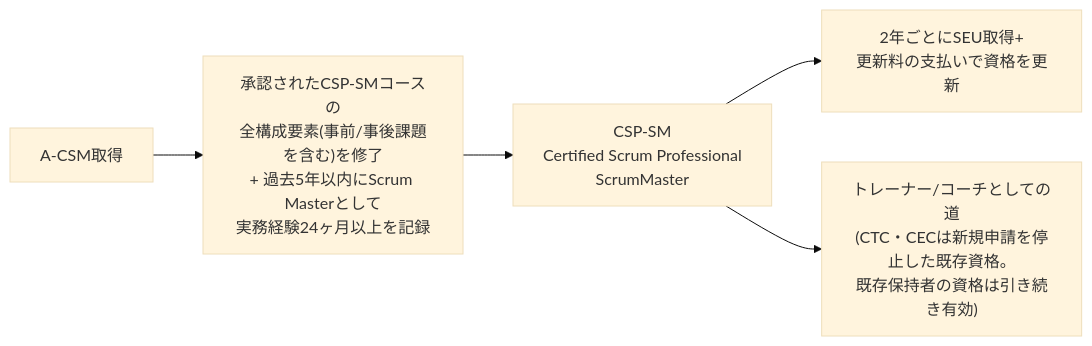
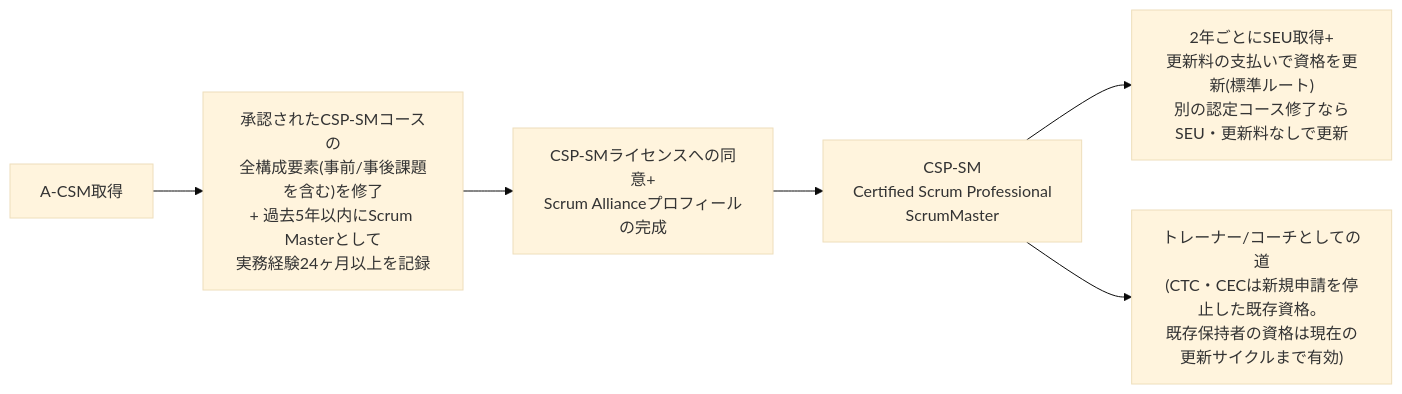
Diagram 23 of 23 in A-csm-advanced-certified-scrummaster-study-guide.md (myoshi2891/Management-Team-Building-Studies), drawn with Mermaid (base theme) before and after one commit. The commit also changed other lines of this file, not shown here.

First line of the commit message:
docs(a-csm): 章区切り・CSP-SMキャリアパス・SEU更新ルートを修正

````diff
--- a/A-csm-advanced-certified-scrummaster-study-guide.md
+++ b/A-csm-advanced-certified-scrummaster-study-guide.md
@@ -1047,7 +1127,8 @@
 ```mermaid
 flowchart LR
     A["A-CSM取得"] --> B["承認されたCSP-SMコースの<br/>全構成要素(事前/事後課題を含む)を修了<br/>+ 過去5年以内にScrum Masterとして<br/>実務経験24ヶ月以上を記録"]
-    B --> C["CSP-SM<br/>Certified Scrum Professional<br/>ScrumMaster"]
-    C --> R["2年ごとにSEU取得+<br/>更新料の支払いで資格を更新"]
-    C --> D["トレーナー/コーチとしての道<br/>(CTC・CECは新規申請を停止した既存資格。<br/>既存保持者の資格は引き続き有効)"]
+    B --> L["CSP-SMライセンスへの同意+<br/>Scrum Allianceプロフィールの完成"]
+    L --> C["CSP-SM<br/>Certified Scrum Professional<br/>ScrumMaster"]
+    C --> R["2年ごとにSEU取得+<br/>更新料の支払いで資格を更新(標準ルート)<br/>別の認定コース修了なら<br/>SEU・更新料なしで更新"]
+    C --> D["トレーナー/コーチとしての道<br/>(CTC・CECは新規申請を停止した既存資格。<br/>既存保持者の資格は現在の更新サイクルまで有効)"]
 ```
````
